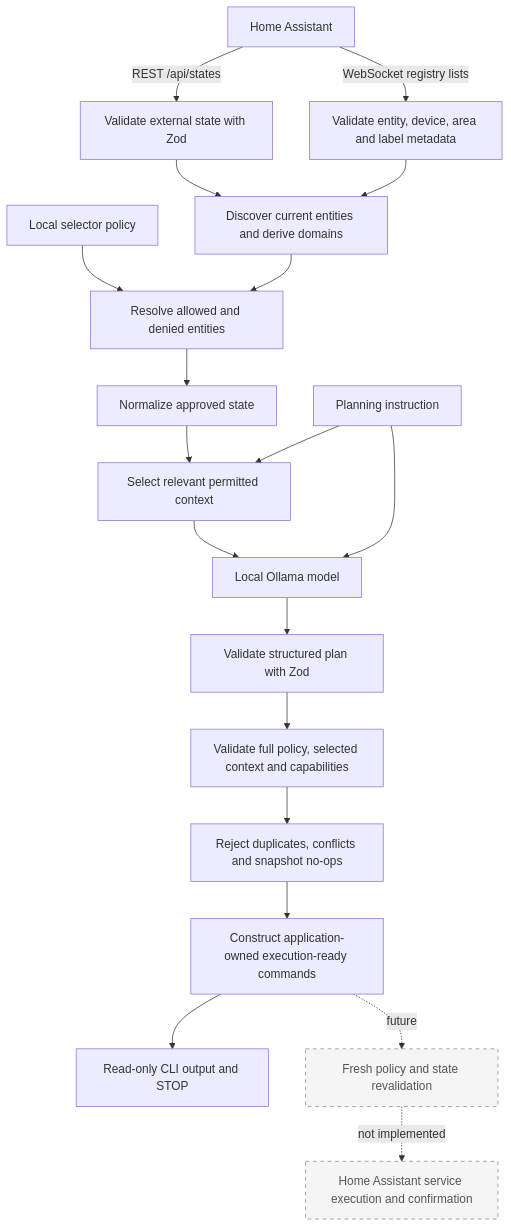
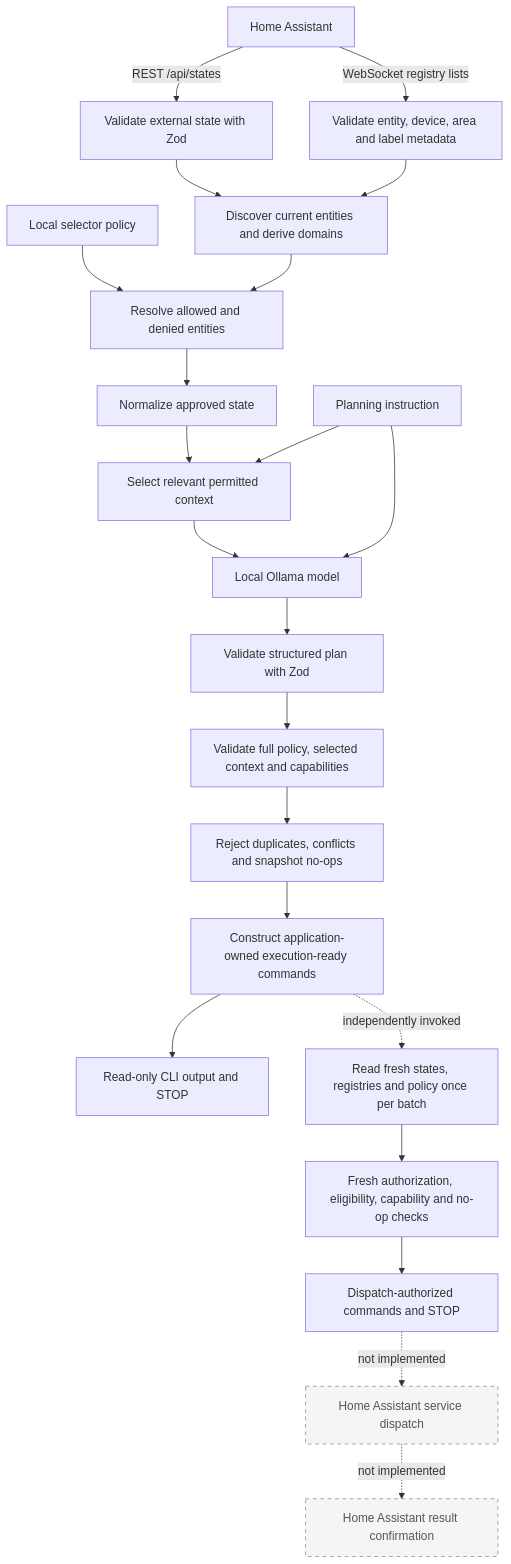
The diagram in README.md (aabiskar1/aryal-home), drawn with Mermaid before and after one commit. The commit also changed other lines of this file and 3 other files, not shown here.

Commit message:
Add fresh pre-dispatch command revalidation

````diff
--- a/README.md
+++ b/README.md
@@ -42,24 +42,27 @@
 ```mermaid
 flowchart TD
     HA[Home Assistant] -->|REST /api/states| HV[Validate external state with Zod]
     HA -->|WebSocket registry lists| RG[Validate entity, device, area and label metadata]
     HV --> D[Discover current entities and derive domains]
     RG --> D
     P[Local selector policy] --> R[Resolve allowed and denied entities]
     D --> R
     R --> N[Normalize approved state]
     N --> Q[Select relevant permitted context]
     I[Planning instruction] --> Q
     Q --> O[Local Ollama model]
     I --> O
     O --> S[Validate structured plan with Zod]
     S --> PV[Validate full policy, selected context and capabilities]
     PV --> ER[Reject duplicates, conflicts and snapshot no-ops]
     ER --> CMD[Construct application-owned execution-ready commands]
     CMD --> C[Read-only CLI output and STOP]
-    CMD -. future .-> RV[Fresh policy and state revalidation]
-    RV -. not implemented .-> E[Home Assistant service execution and confirmation]
+    CMD -. independently invoked .-> FR[Read fresh states, registries and policy once per batch]
+    FR --> RV[Fresh authorization, eligibility, capability and no-op checks]
+    RV --> DAC[Dispatch-authorized commands and STOP]
+    DAC -. not implemented .-> E[Home Assistant service dispatch]
+    E -. not implemented .-> CONF[Home Assistant result confirmation]
 
     classDef future fill:#f5f5f5,stroke:#888,stroke-dasharray:5 5,color:#555;
-    class RV,E future;
+    class E,CONF future;
 ```
````
